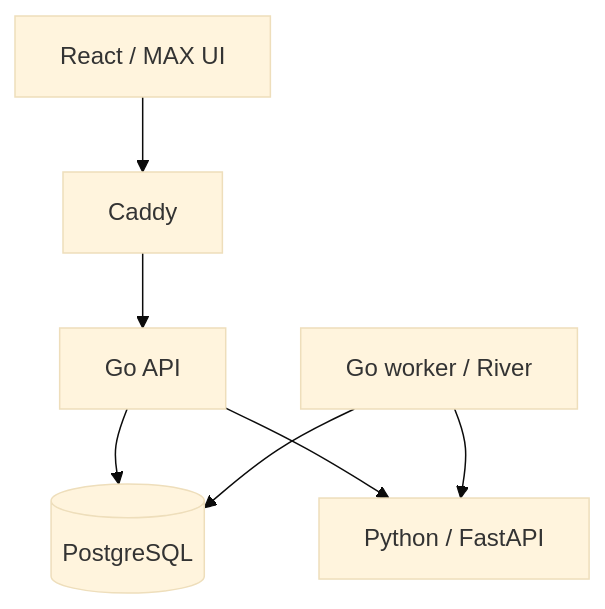
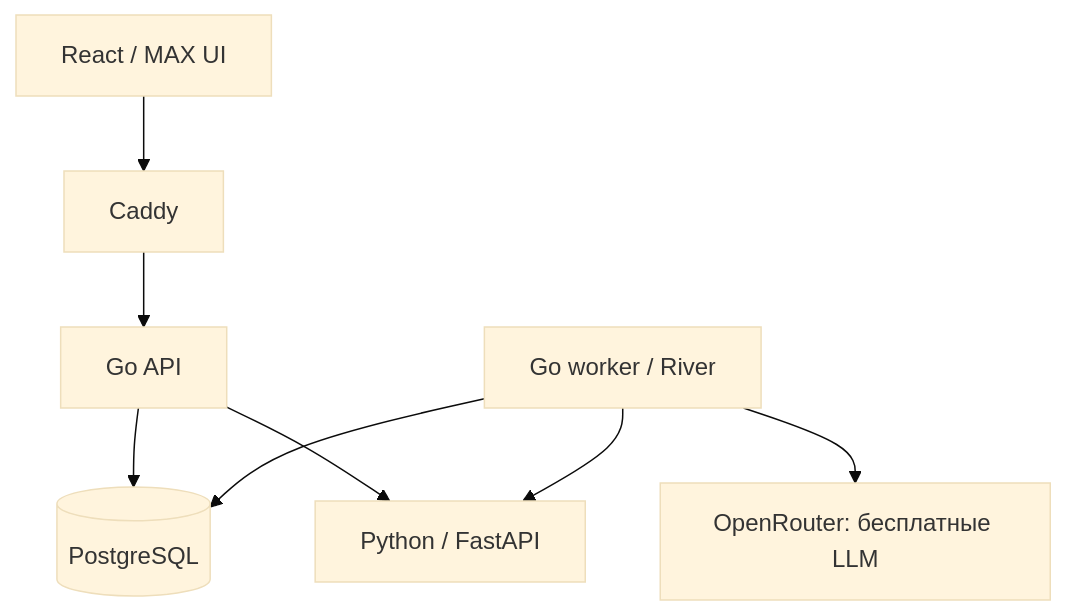
One commit to dmitrycr/hackMax changed the diagram in docs/architecture.md. Above: the diagram before and after it, drawn with Mermaid (base theme). The commit also changed other lines of this file and 37 other files, not shown here.

````diff
--- a/docs/architecture.md
+++ b/docs/architecture.md
@@ -5,9 +5,10 @@
 ```mermaid
 flowchart TD
     WEB[React / MAX UI] --> CADDY[Caddy]
     CADDY --> API[Go API]
     API --> PG[(PostgreSQL)]
     WORKER[Go worker / River] --> PG
     API --> PY[Python / FastAPI]
     WORKER --> PY
+    WORKER --> LLM[OpenRouter: бесплатные LLM]
 ```
````
